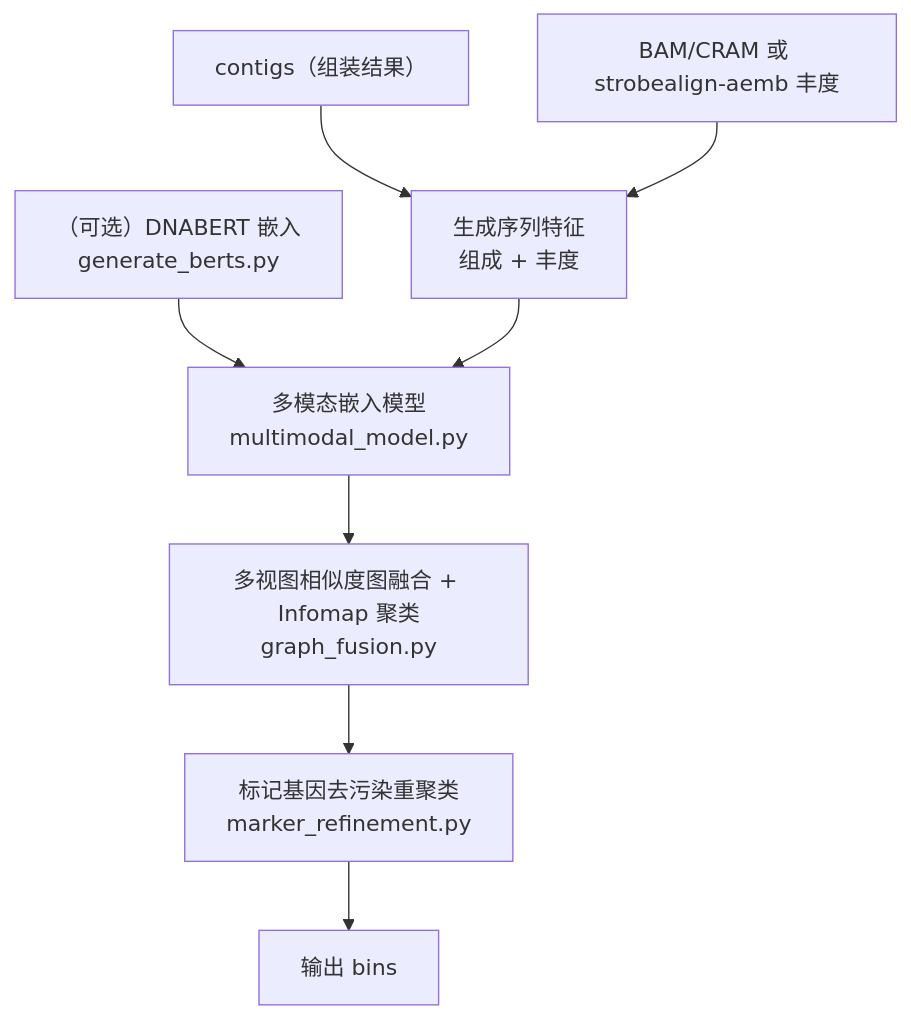
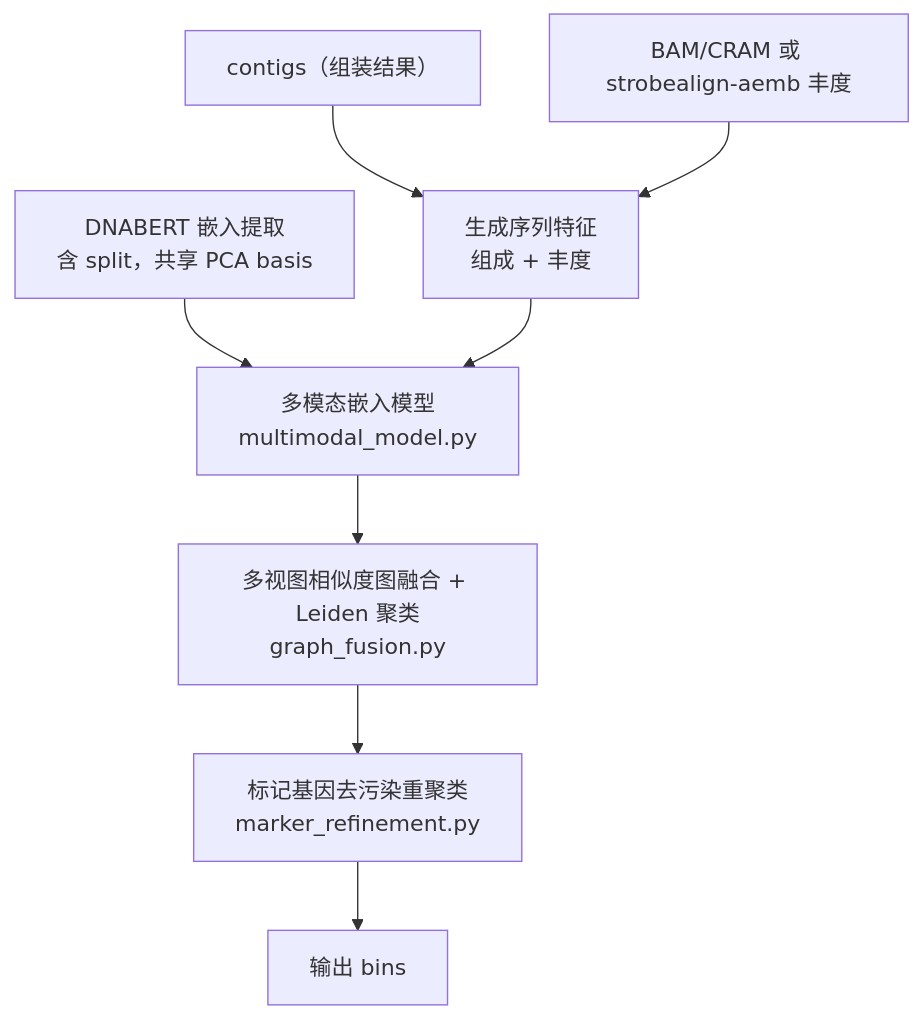
One commit to dengdengf/test_bin changed the diagram in docs/index.md. Above: the diagram before and after it, drawn with Mermaid. The commit also changed other lines of this file and 12 other files, not shown here.

First line of the commit message:
DNABERT always-on + replace Infomap with Leiden

````diff
--- a/docs/index.md
+++ b/docs/index.md
@@ -22,10 +22,10 @@
 ```mermaid
 flowchart TD
     A[contigs（组装结果）] --> B[生成序列特征<br/>组成 + 丰度]
     C[BAM/CRAM 或 strobealign-aemb 丰度] --> B
-    D[（可选）DNABERT 嵌入<br/>generate_berts.py] --> E
+    D[DNABERT 嵌入提取<br/>含 split，共享 PCA basis] --> E
     B --> E[多模态嵌入模型<br/>multimodal_model.py]
-    E --> F[多视图相似度图融合 + Infomap 聚类<br/>graph_fusion.py]
+    E --> F[多视图相似度图融合 + Leiden 聚类<br/>graph_fusion.py]
     F --> G[标记基因去污染重聚类<br/>marker_refinement.py]
     G --> H[输出 bins]
 ```
````
